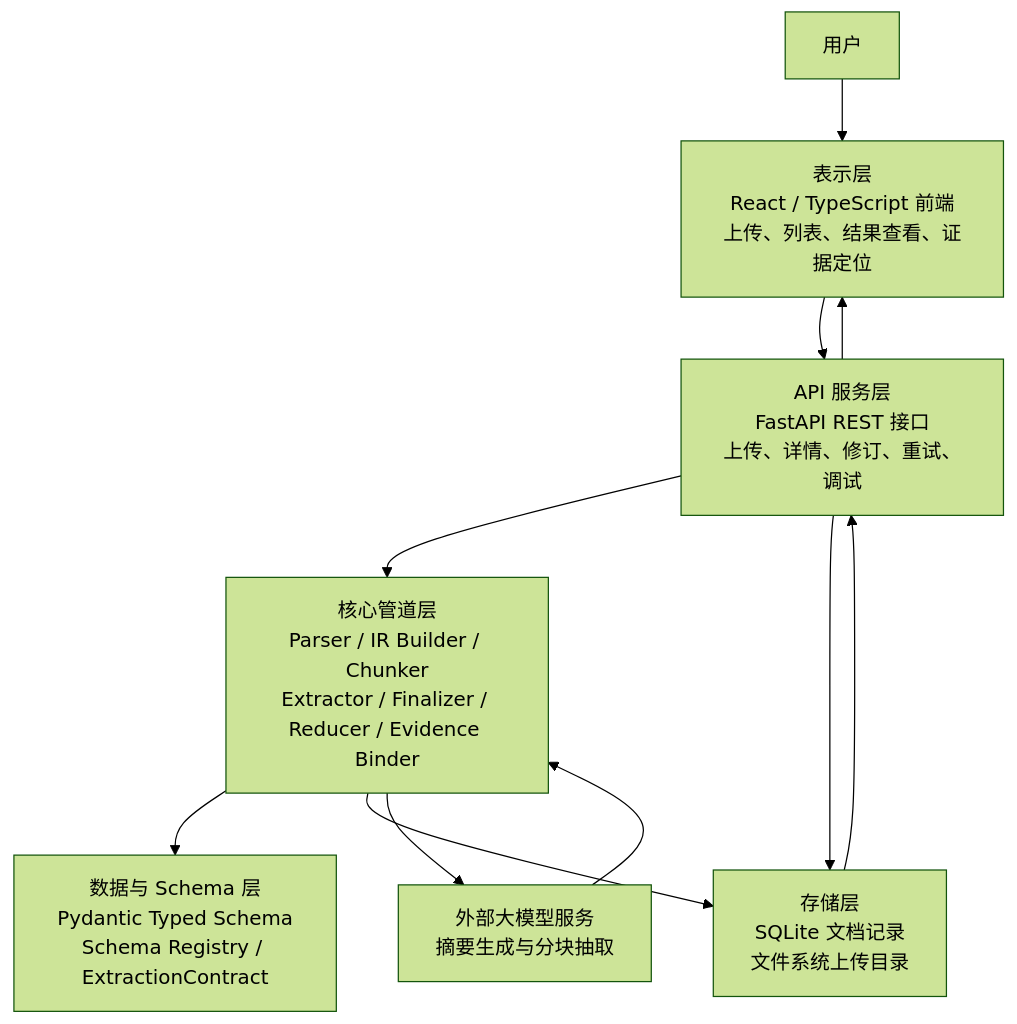
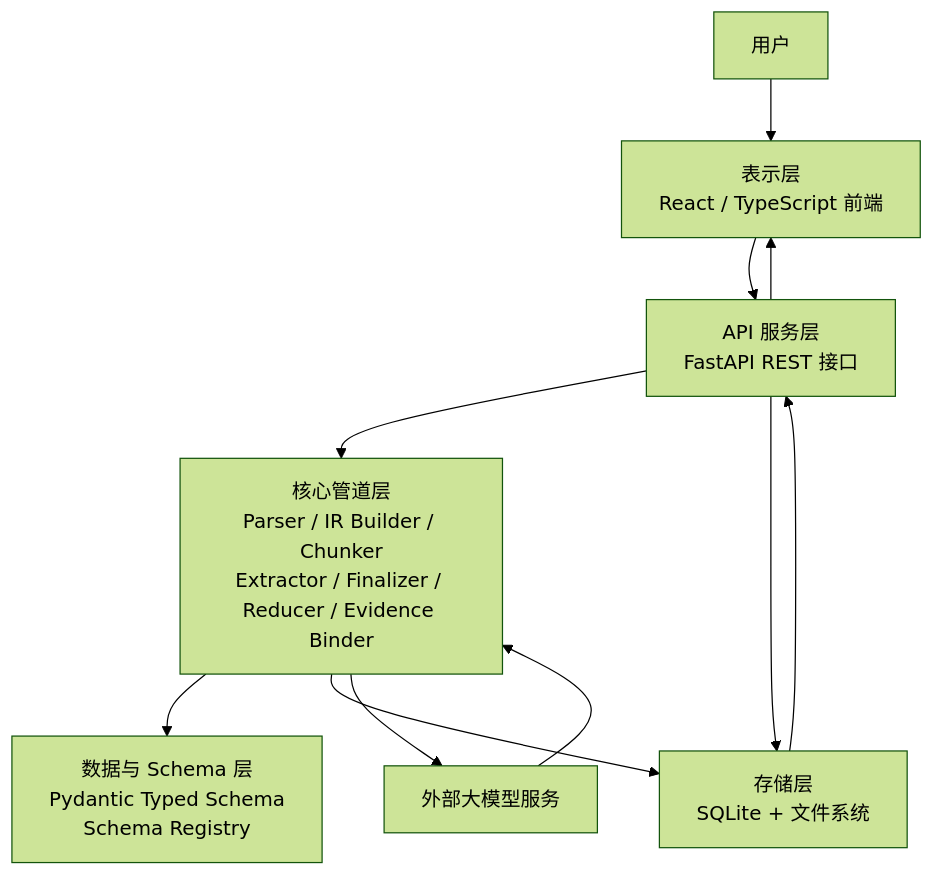
Before and after one commit to DJChanahCJD/DocStruct: the diagram in paper/03-system-design.md, drawn with Mermaid (forest theme). The commit also changed other lines of this file and 9 other files, not shown here.

````diff
--- a/paper/03-system-design.md
+++ b/paper/03-system-design.md
@@ -11,21 +9,21 @@
 ```mermaid
 flowchart TB
     User["用户"]
-    Frontend["表示层<br/>React / TypeScript 前端<br/>上传、列表、结果查看、证据定位"]
-    API["API 服务层<br/>FastAPI REST 接口<br/>上传、详情、修订、重试、调试"]
+    Frontend["表示层<br/>React / TypeScript 前端"]
+    API["API 服务层<br/>FastAPI REST 接口"]
     Pipeline["核心管道层<br/>Parser / IR Builder / Chunker<br/>Extractor / Finalizer / Reducer / Evidence Binder"]
-    Schema["数据与 Schema 层<br/>Pydantic Typed Schema<br/>Schema Registry / ExtractionContract"]
-    Storage["存储层<br/>SQLite 文档记录<br/>文件系统上传目录"]
-    LLM["外部大模型服务<br/>摘要生成与分块抽取"]
+    Schema["数据与 Schema 层<br/>Pydantic Typed Schema<br/>Schema Registry"]
+    Storage["存储层<br/>SQLite + 文件系统"]
+    LLM["外部大模型服务"]
 
     User --> Frontend
     Frontend --> API
     API --> Pipeline
     Pipeline --> Schema
     Pipeline --> Storage
     API --> Storage
     Pipeline --> LLM
     LLM --> Pipeline
     Storage --> API
     API --> Frontend
 ```
````
